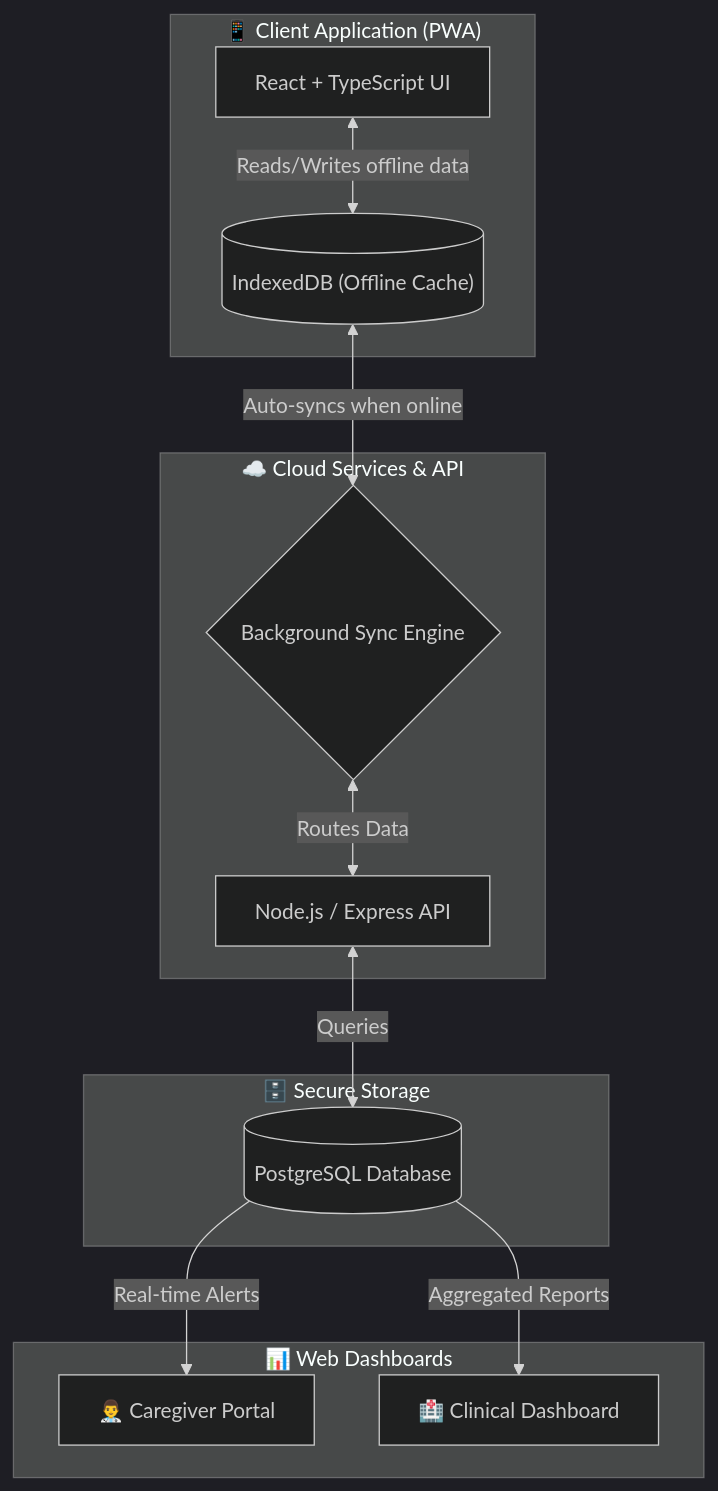
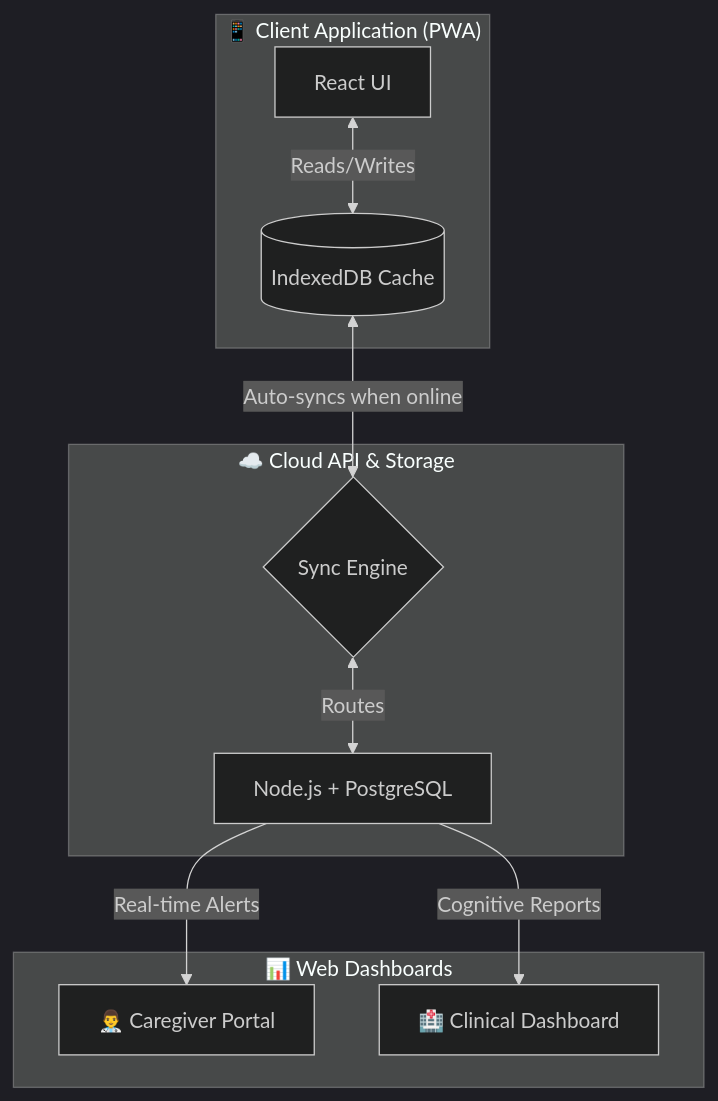
Before and after one commit to prateekvijay265/CognitiveGames: the diagram in README.md, drawn with Mermaid (dark theme).

Commit message:
docs: adjust flowchart height to roughly 2/3 of previous size

````diff
--- a/README.md
+++ b/README.md
@@ -55,28 +55,19 @@
 ```mermaid
 flowchart TD
     subgraph Frontend ["📱 Client Application (PWA)"]
-        A["React + TypeScript UI"]
-        B[("IndexedDB (Offline Cache)")]
-        A <-->|"Reads/Writes offline data"| B
+        A["React UI"] <-->|"Reads/Writes"| B[("IndexedDB Cache")]
     end
 
-    subgraph Backend ["☁️ Cloud Services & API"]
-        C{"Background Sync Engine"}
-        D["Node.js / Express API"]
-    end
-
-    subgraph Database ["🗄️ Secure Storage"]
-        E[("PostgreSQL Database")]
+    subgraph Backend ["☁️ Cloud API & Storage"]
+        C{"Sync Engine"} <-->|"Routes"| D["Node.js + PostgreSQL"]
     end
 
     subgraph Portals ["📊 Web Dashboards"]
-        F["👨‍⚕️ Caregiver Portal"]
-        G["🏥 Clinical Dashboard"]
+        E["👨‍⚕️ Caregiver Portal"]
+        F["🏥 Clinical Dashboard"]
     end
 
     B <-->|"Auto-syncs when online"| C
-    C <-->|"Routes Data"| D
-    D <-->|"Queries"| E
-    E -->|"Real-time Alerts"| F
-    E -->|"Aggregated Reports"| G
+    D -->|"Real-time Alerts"| E
+    D -->|"Cognitive Reports"| F
 ```
````
